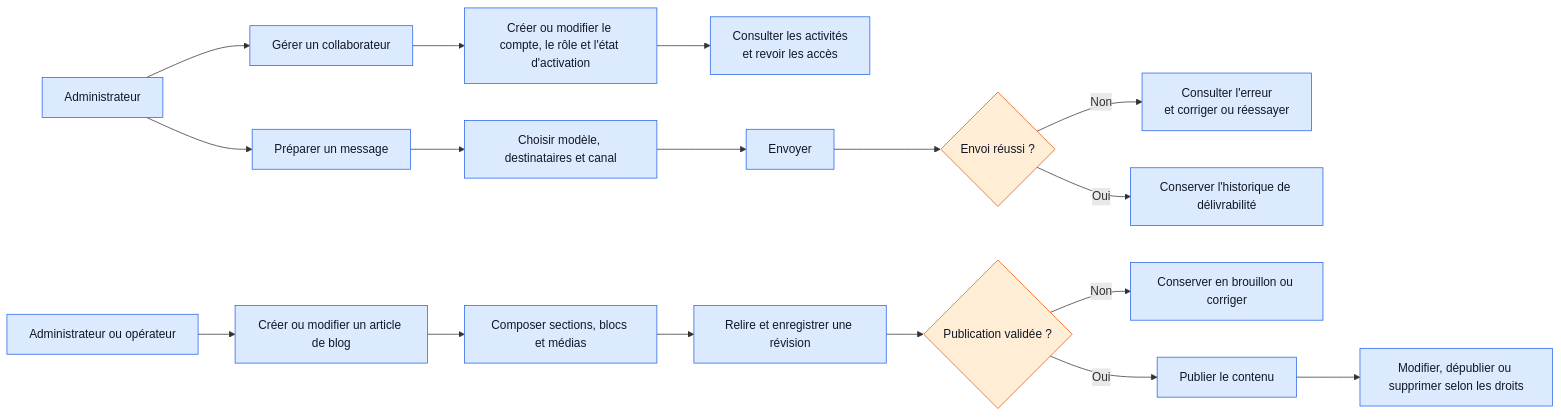
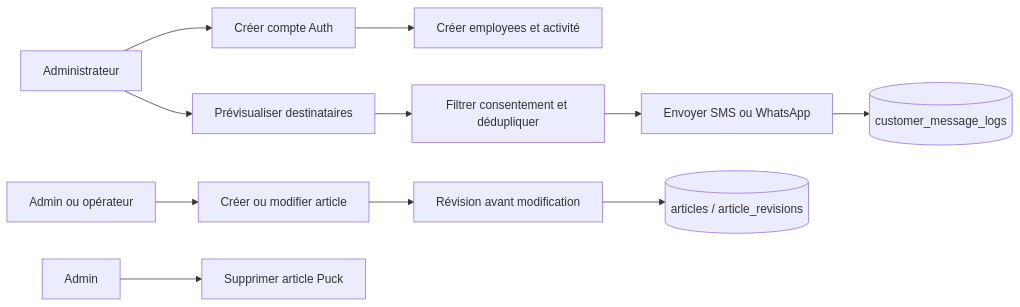
The diagram in docs/workflows/07-collaborateurs-messagerie-et-blog.md (LordVERTON/danemo-website), drawn with Mermaid before and after one commit. The commit also changed other lines of this file and 8 other files, not shown here.

Commit message:
docs(workflows): document operational flows

````diff
--- a/docs/workflows/07-collaborateurs-messagerie-et-blog.md
+++ b/docs/workflows/07-collaborateurs-messagerie-et-blog.md
@@ -5,26 +33,13 @@
 ```mermaid
 flowchart LR
-    A[Administrateur] --> B[Gérer un collaborateur]
-    B --> C[Créer ou modifier le compte, le rôle et l'état d'activation]
-    C --> D["Consulter les activités<br/>et revoir les accès"]
-
-    A --> E[Préparer un message]
-    E --> F[Choisir modèle, destinataires et canal]
-    F --> G[Envoyer]
-    G --> H{Envoi réussi ?}
-    H -- Non --> I["Consulter l'erreur<br/>et corriger ou réessayer"]
-    H -- Oui --> J[Conserver l'historique de délivrabilité]
-
-    K[Administrateur ou opérateur] --> L[Créer ou modifier un article de blog]
-    L --> M[Composer sections, blocs et médias]
-    M --> N[Relire et enregistrer une révision]
-    N --> O{Publication validée ?}
-    O -- Non --> P[Conserver en brouillon ou corriger]
-    O -- Oui --> Q[Publier le contenu]
-    Q --> R[Modifier, dépublier ou supprimer selon les droits]
-
-    classDef internal fill:#dbeafe,stroke:#2563eb,color:#111827;
-    classDef control fill:#ffedd5,stroke:#ea580c,color:#111827;
-    class A,B,C,D,E,F,G,I,J,K,L,M,N,P,Q,R internal;
-    class H,O control;
+  A[Administrateur] --> B[Créer compte Auth]
+  B --> C[Créer employees et activité]
+  A --> D[Prévisualiser destinataires]
+  D --> E[Filtrer consentement et dédupliquer]
+  E --> F[Envoyer SMS ou WhatsApp]
+  F --> G[(customer_message_logs)]
+  H[Admin ou opérateur] --> I[Créer ou modifier article]
+  I --> J[Révision avant modification]
+  J --> K[(articles / article_revisions)]
+  L[Admin] --> M[Supprimer article Puck]
 ```
````
